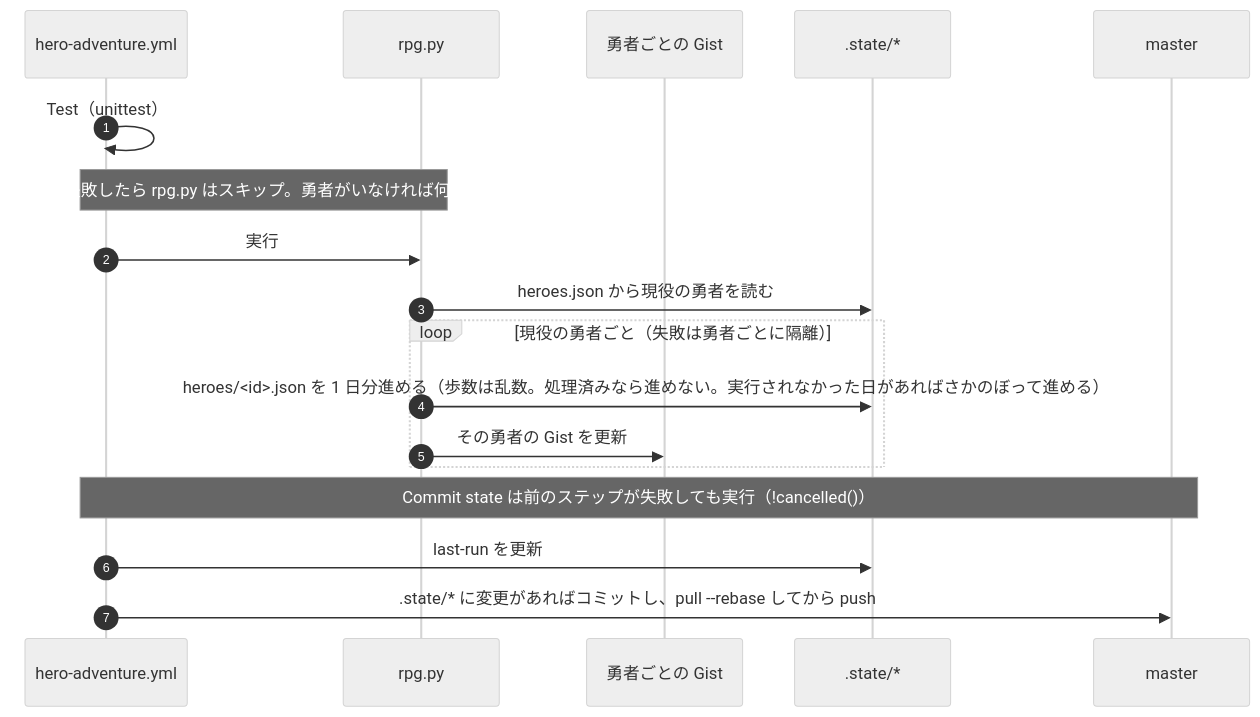
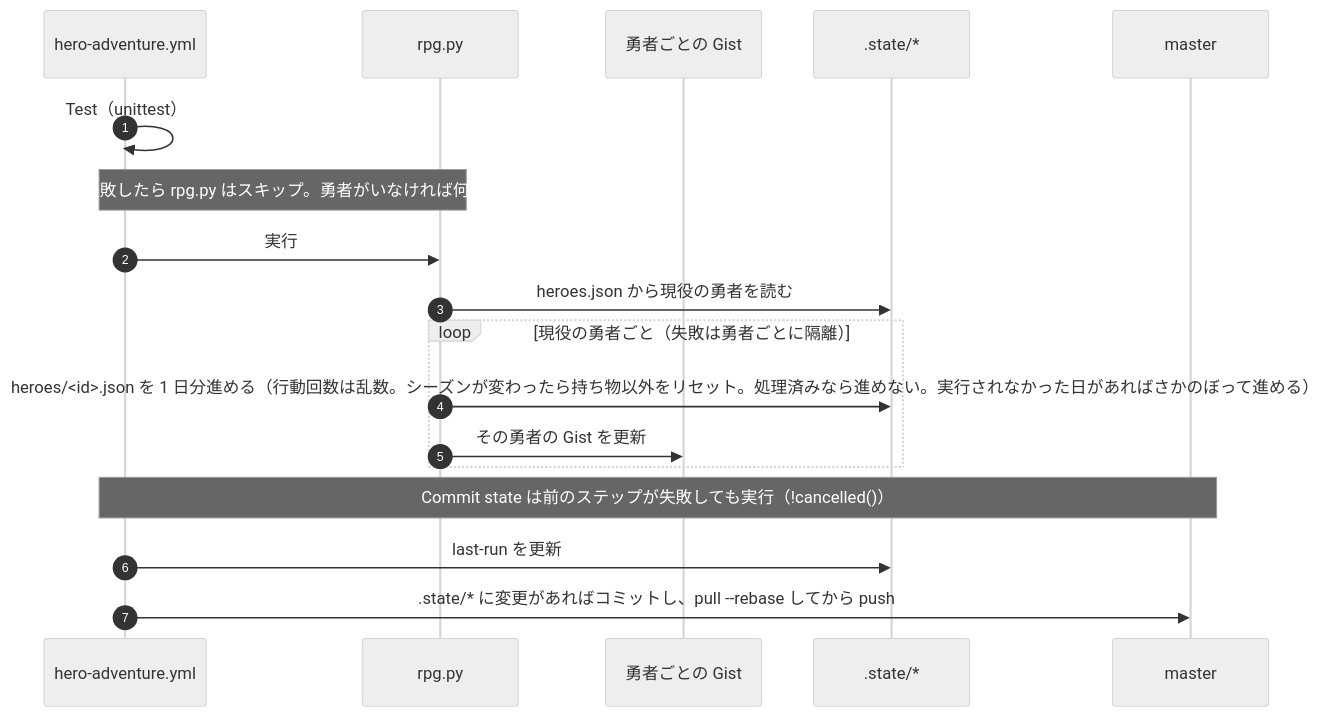
Before and after one commit to ot-nemoto/cryepis: the second of 3 diagrams in docs/DATA_FLOW.md, drawn with Mermaid (neutral theme). The commit also changed other lines of this file and 16 other files, not shown here.

````diff
--- a/docs/DATA_FLOW.md
+++ b/docs/DATA_FLOW.md
@@ -64,21 +64,21 @@
 ```mermaid
 sequenceDiagram
     autonumber
     participant WF as hero-adventure.yml
     participant RP as rpg.py
     participant G as 勇者ごとの Gist
     participant S as .state/*
     participant M as master
 
     WF->>WF: Test（unittest）
     Note over WF,RP: Test が失敗したら rpg.py はスキップ。勇者がいなければ何もしない
     WF->>RP: 実行
     RP->>S: heroes.json から現役の勇者を読む
     loop 現役の勇者ごと（失敗は勇者ごとに隔離）
-        RP->>S: heroes/<id>.json を 1 日分進める（歩数は乱数。処理済みなら進めない。実行されなかった日があればさかのぼって進める）
+        RP->>S: heroes/<id>.json を 1 日分進める（行動回数は乱数。シーズンが変わったら持ち物以外をリセット。処理済みなら進めない。実行されなかった日があればさかのぼって進める）
         RP->>G: その勇者の Gist を更新
     end
     Note over WF,M: Commit state は前のステップが失敗しても実行（!cancelled()）
     WF->>S: last-run を更新
     WF->>M: .state/* に変更があればコミットし、pull --rebase してから push
 ```
````
